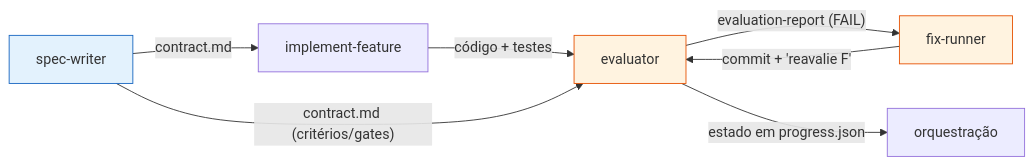
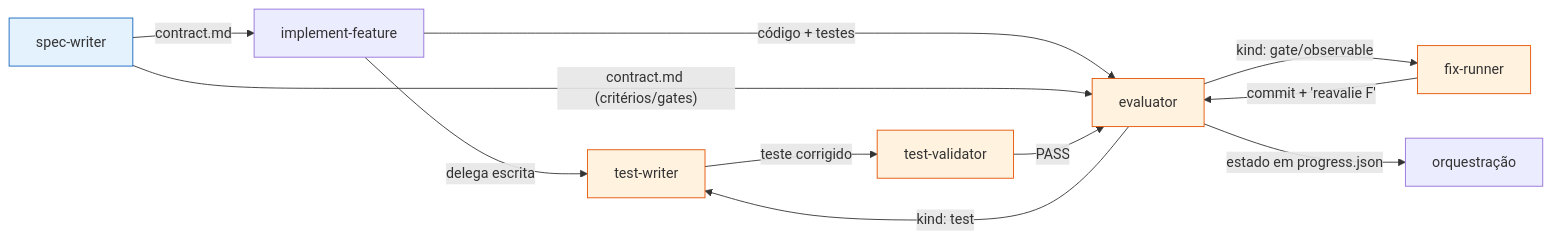
Before and after one commit to dayvisonassis/sdd-skills: the third of 4 diagrams in docs/Fluxo_SDD_e_Implementacao_das_Skills.md, drawn with Mermaid. The commit also changed other lines of this file and 16 other files, not shown here.

First line of the commit message:
feat(skills): add 6 PABX test skills + wire the writer/validator loop

````diff
--- a/docs/Fluxo_SDD_e_Implementacao_das_Skills.md
+++ b/docs/Fluxo_SDD_e_Implementacao_das_Skills.md
@@ -111,13 +111,19 @@
 ```mermaid
 flowchart LR
     SPEC["spec-writer"] -->|"contract.md"| IMPL["implement-feature"]
+    IMPL -->|"delega escrita"| TW["test-writer"]
     IMPL -->|"código + testes"| EVAL["evaluator"]
     SPEC -->|"contract.md (critérios/gates)"| EVAL
-    EVAL -->|"evaluation-report (FAIL)"| FIX["fix-runner"]
+    EVAL -->|"kind: gate/observable"| FIX["fix-runner"]
+    EVAL -->|"kind: test"| TW
+    TW -->|"teste corrigido"| TV["test-validator"]
+    TV -->|"PASS"| EVAL
     FIX -->|"commit + 'reavalie F<ID>'"| EVAL
     EVAL -->|"estado em progress.json"| ALL["orquestração"]
 
     style SPEC fill:#e3f2fd,stroke:#1565c0
     style EVAL fill:#fff3e0,stroke:#e65100
     style FIX fill:#fff3e0,stroke:#e65100
+    style TW fill:#fff3e0,stroke:#e65100
+    style TV fill:#fff3e0,stroke:#e65100
 ```
````
